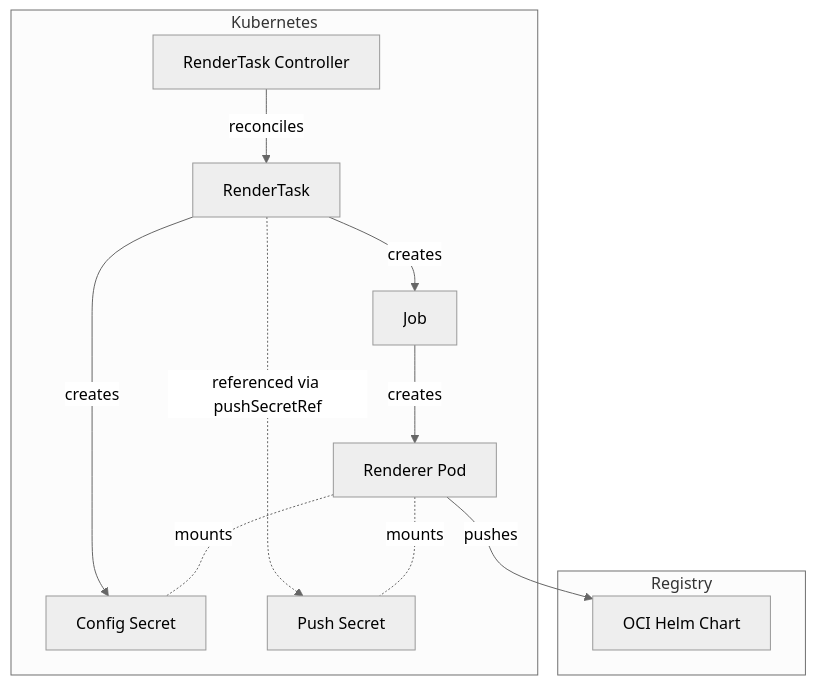
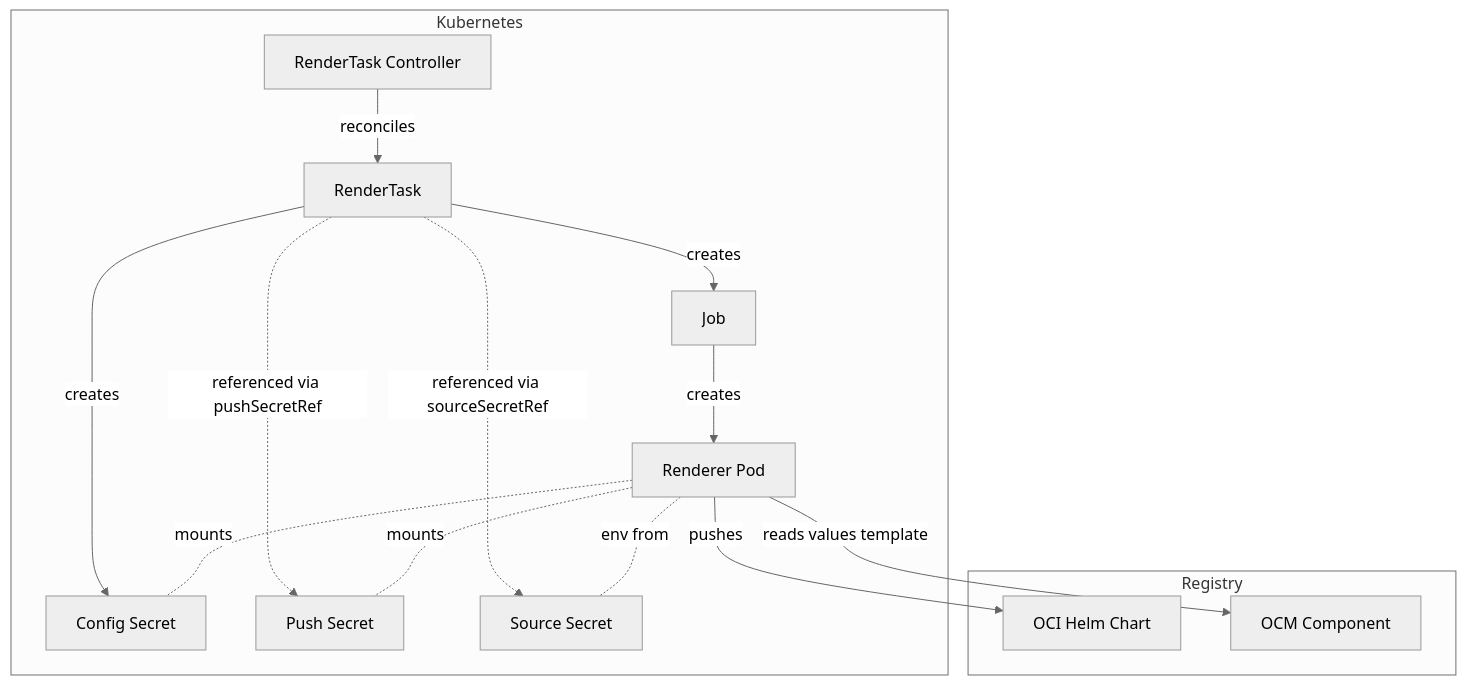
Before and after one commit to opendefensecloud/solution-arsenal: the first of 3 diagrams in docs/developer-guide/rendertask_controller.md, drawn with Mermaid (neutral theme). The commit also changed other lines of this file and 47 other files, not shown here.

Commit message:
feat: pull secrets provision added for deployments to solar via ocm-kit

````diff
--- a/docs/developer-guide/rendertask_controller.md
+++ b/docs/developer-guide/rendertask_controller.md
@@ -13,26 +13,31 @@
 ```mermaid
 flowchart TD
     subgraph Kubernetes
         Ctrl[RenderTask Controller]
         RT[RenderTask]
         J[Job]
         J -->|creates| Renderer[Renderer Pod]
         CS[Config Secret]
         PS[Push Secret]
+        SS[Source Secret]
     end
 
     subgraph Registry
         Chart[OCI Helm Chart]
+        Comp[OCM Component]
     end
 
     Ctrl -->|reconciles| RT
 
     RT -->|creates| CS
     RT -->|creates| J
     RT -.->|referenced via pushSecretRef| PS
+    RT -.->|referenced via sourceSecretRef| SS
 
     Renderer -->|pushes| Chart
+    Renderer -->|reads values template| Comp
 
     Renderer -.-|mounts| CS
     Renderer -.-|mounts| PS
+    Renderer -.-|env from| SS
 ```
````
